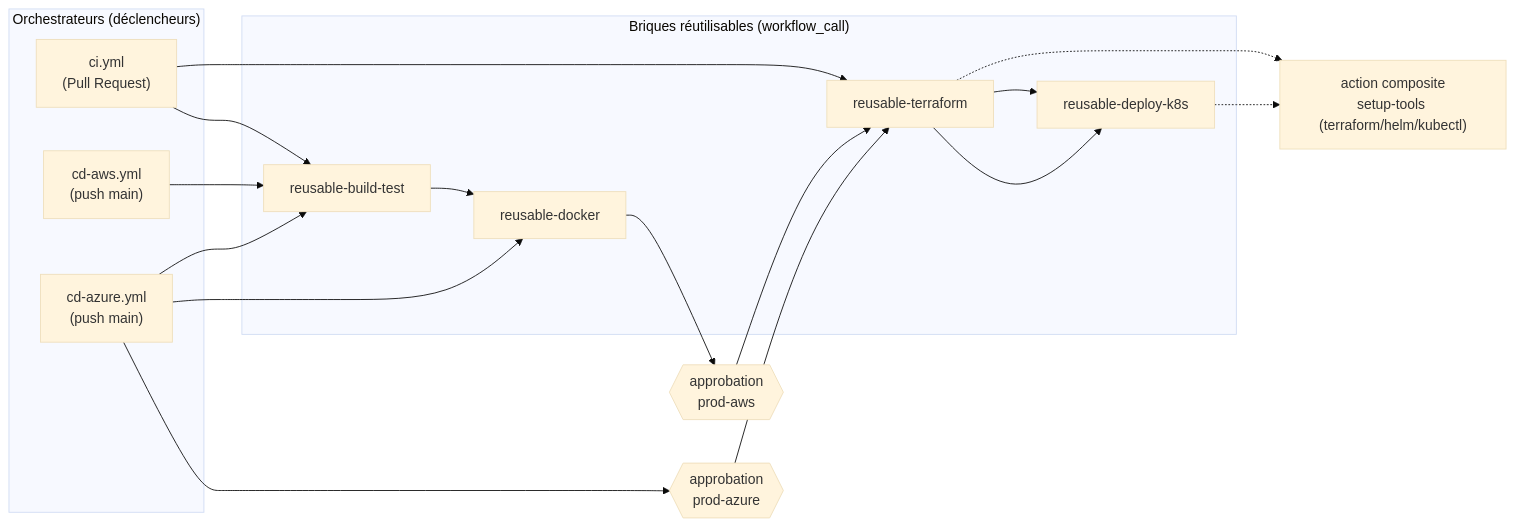
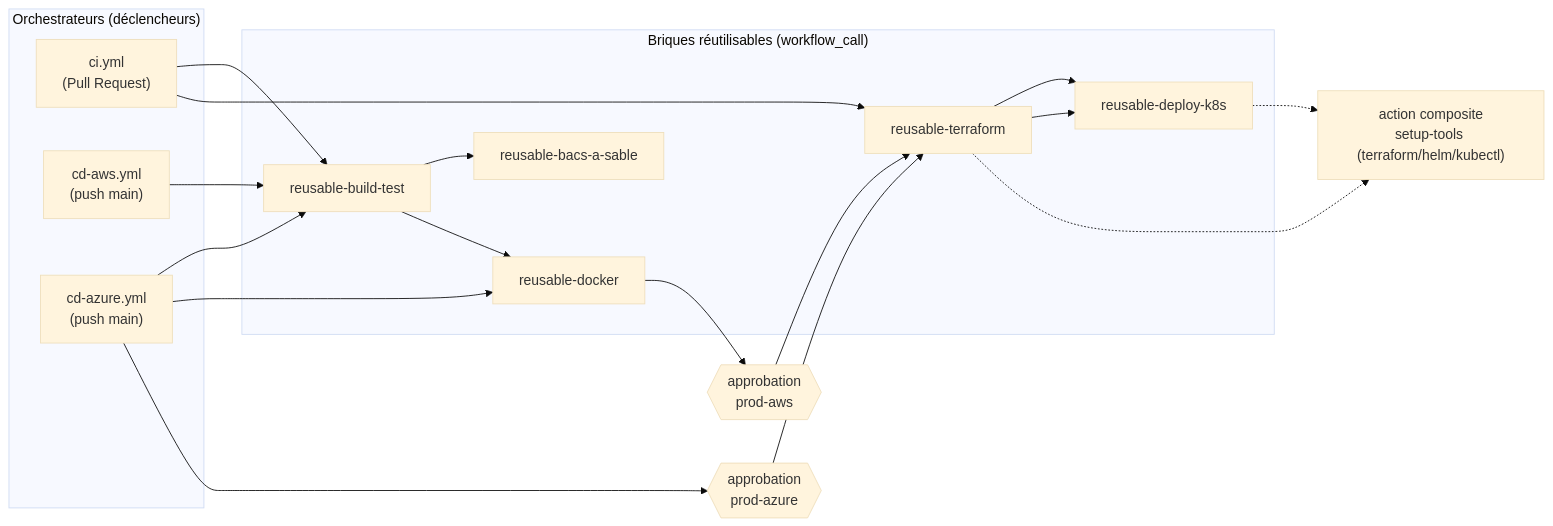
The diagram in infra/cicd/ci-cd-integration.md (faliherizo/approvisionnement), drawn with Mermaid (base theme) before and after one commit. The commit also changed other lines of this file and 16 other files, not shown here.

````diff
--- a/infra/cicd/ci-cd-integration.md
+++ b/infra/cicd/ci-cd-integration.md
@@ -22,23 +22,25 @@
 ```mermaid
 flowchart LR
     subgraph orch["Orchestrateurs (déclencheurs)"]
         ci["ci.yml<br/>(Pull Request)"]
         cdaws["cd-aws.yml<br/>(push main)"]
         cdaz["cd-azure.yml<br/>(push main)"]
     end
     subgraph reuse["Briques réutilisables (workflow_call)"]
         bt["reusable-build-test"]
+        bs["reusable-bacs-a-sable"]
         dk["reusable-docker"]
         tf["reusable-terraform"]
         dp["reusable-deploy-k8s"]
     end
     act["action composite<br/>setup-tools (terraform/helm/kubectl)"]
 
     ci --> bt & tf
+    bt --> bs
     cdaws --> bt --> dk --> gate1{{"approbation<br/>prod-aws"}} --> tf --> dp
     cdaz  --> bt
     cdaz  --> dk
     cdaz  --> gate2{{"approbation<br/>prod-azure"}} --> tf --> dp
     tf -.-> act
     dp -.-> act
 ```
````
